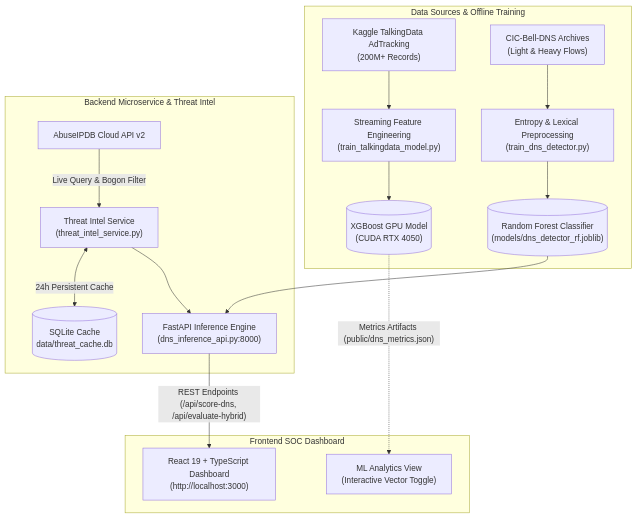
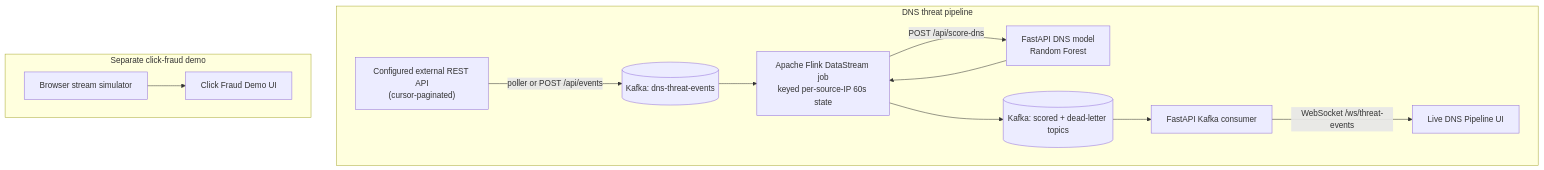
The diagram in README.md (Yashasghnnsj/SPA-1), drawn with Mermaid before and after one commit. The commit also changed other lines of this file and 30 other files, not shown here.

Commit message:
feat: deploy real-time DNS threat pipeline

````diff
--- a/README.md
+++ b/README.md
@@ -45,22 +50,16 @@
 ```mermaid
 flowchart TD
-    subgraph Data Sources & Offline Training
-        A1["Kaggle TalkingData AdTracking<br/>(200M+ Records)"] --> B1["Streaming Feature Engineering<br/>(train_talkingdata_model.py)"]
-        B1 --> C1[("XGBoost GPU Model<br/>(CUDA RTX 4050)")]
-        
-        A2["CIC-Bell-DNS Archives<br/>(Light & Heavy Flows)"] --> B2["Entropy & Lexical Preprocessing<br/>(train_dns_detector.py)"]
-        B2 --> C2[("Random Forest Classifier<br/>(models/dns_detector_rf.joblib)")]
+    subgraph DNS threat pipeline
+        A["Configured external REST API<br/>(cursor-paginated)"] -->|"poller or POST /api/events"| B[("Kafka: dns-threat-events")]
+        B --> C["Apache Flink DataStream job<br/>keyed per-source-IP 60s state"]
+        C -->|"POST /api/score-dns"| D["FastAPI DNS model<br/>Random Forest"]
+        D --> C
+        C --> E[("Kafka: scored + dead-letter topics")]
+        E --> F["FastAPI Kafka consumer"]
+        F -->|"WebSocket /ws/threat-events"| G["Live DNS Pipeline UI"]
     end
 
-    subgraph Backend Microservice & Threat Intel
-        C2 --> D["FastAPI Inference Engine<br/>(dns_inference_api.py:8000)"]
-        E["AbuseIPDB Cloud API v2"] -->|"Live Query & Bogon Filter"| F["Threat Intel Service<br/>(threat_intel_service.py)"]
-        F <-->|"24h Persistent Cache"| DB[("SQLite Cache<br/>data/threat_cache.db")]
-        F --> D
-    end
-
-    subgraph Frontend SOC Dashboard
-        D -->|"REST Endpoints (/api/score-dns, /api/evaluate-hybrid)"| G["React 19 + TypeScript Dashboard<br/>(http://localhost:3000)"]
-        C1 -.->|"Metrics Artifacts (public/dns_metrics.json)"| H["ML Analytics View<br/>(Interactive Vector Toggle)"]
+    subgraph Separate click-fraud demo
+        H["Browser stream simulator"] --> I["Click Fraud Demo UI"]
     end
 ```
````
